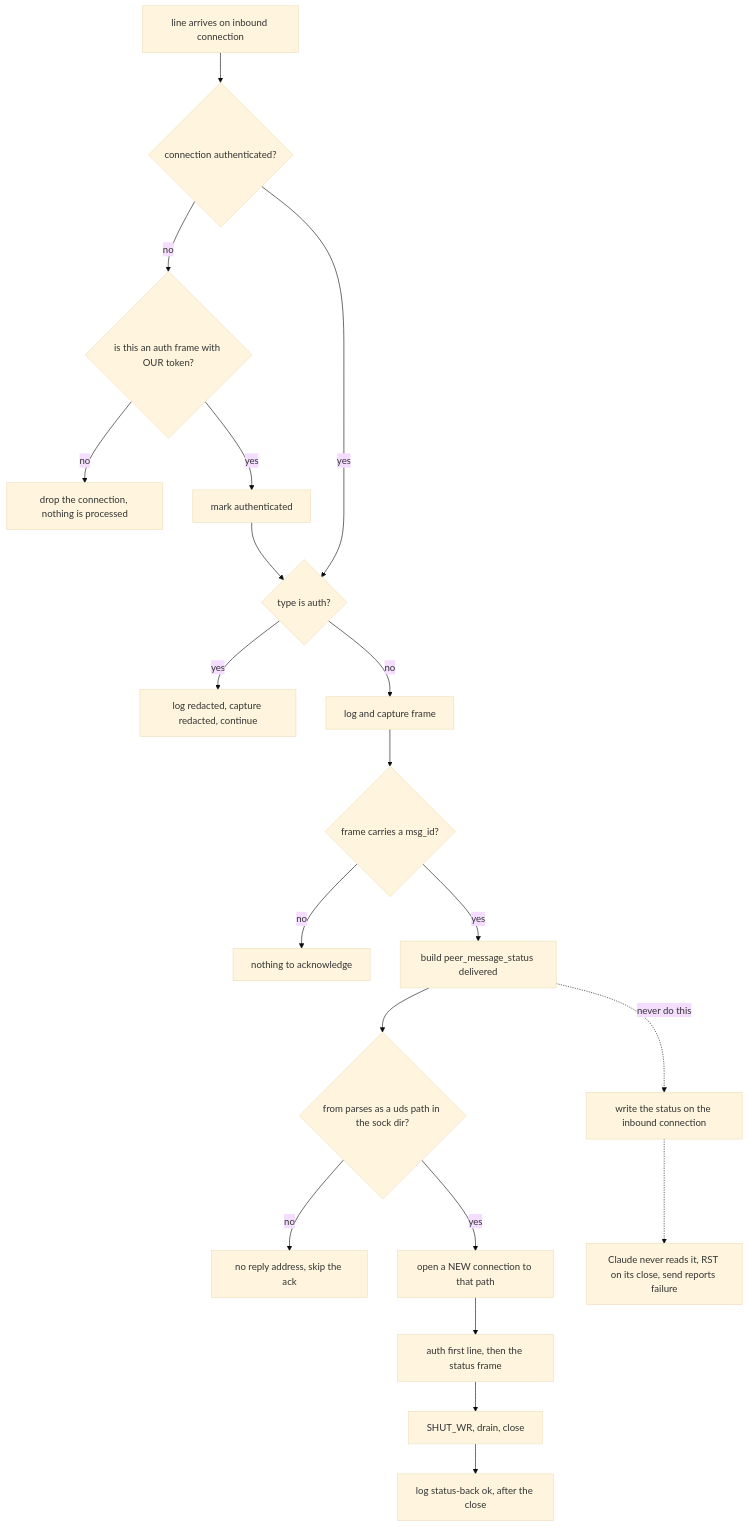
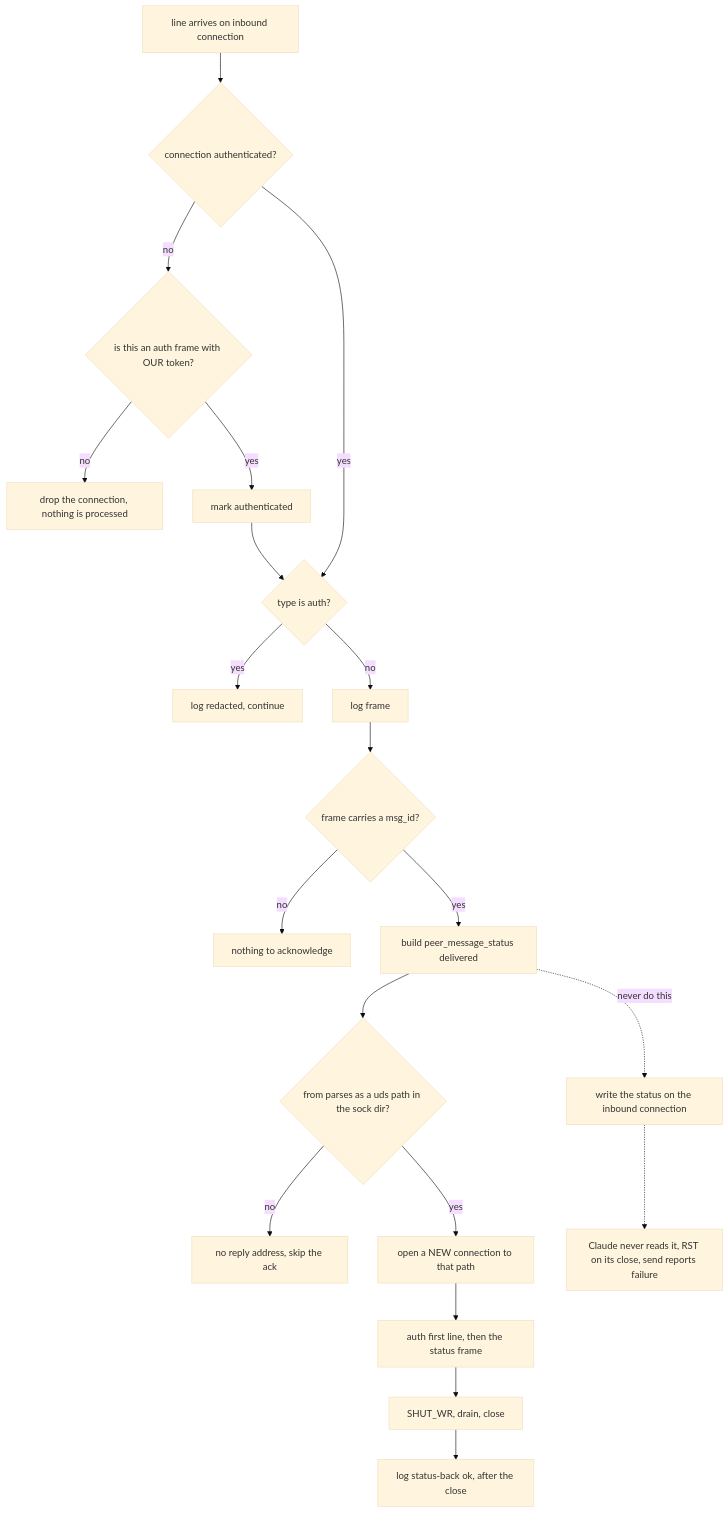
The second of 2 diagrams in docs/UDS-protocol.md (danbarua/agent-bus), drawn with Mermaid (base theme) before and after one commit. The commit also changed other lines of this file, not shown here.

````diff
--- a/docs/UDS-protocol.md
+++ b/docs/UDS-protocol.md
@@ -135,22 +135,22 @@
 ```mermaid
 flowchart TD
     A["line arrives on inbound connection"] --> Z{"connection authenticated?"}
     Z -->|no| ZA{"is this an auth frame with OUR token?"}
     ZA -->|no| ZB["drop the connection, nothing is processed"]
     ZA -->|yes| ZC["mark authenticated"]
     ZC --> B{"type is auth?"}
     Z -->|yes| B
-    B -->|yes| C["log redacted, capture redacted, continue"]
-    B -->|no| D["log and capture frame"]
+    B -->|yes| C["log redacted, continue"]
+    B -->|no| D["log frame"]
     D --> E{"frame carries a msg_id?"}
     E -->|no| F["nothing to acknowledge"]
     E -->|yes| G["build peer_message_status delivered"]
     G --> H{"from parses as a uds path in the sock dir?"}
     H -->|no| I["no reply address, skip the ack"]
     H -->|yes| J["open a NEW connection to that path"]
     J --> K["auth first line, then the status frame"]
     K --> L["SHUT_WR, drain, close"]
     L --> M["log status-back ok, after the close"]
     G -.->|never do this| X["write the status on the inbound connection"]
     X -.-> Y["Claude never reads it, RST on its close, send reports failure"]
 ```
````
